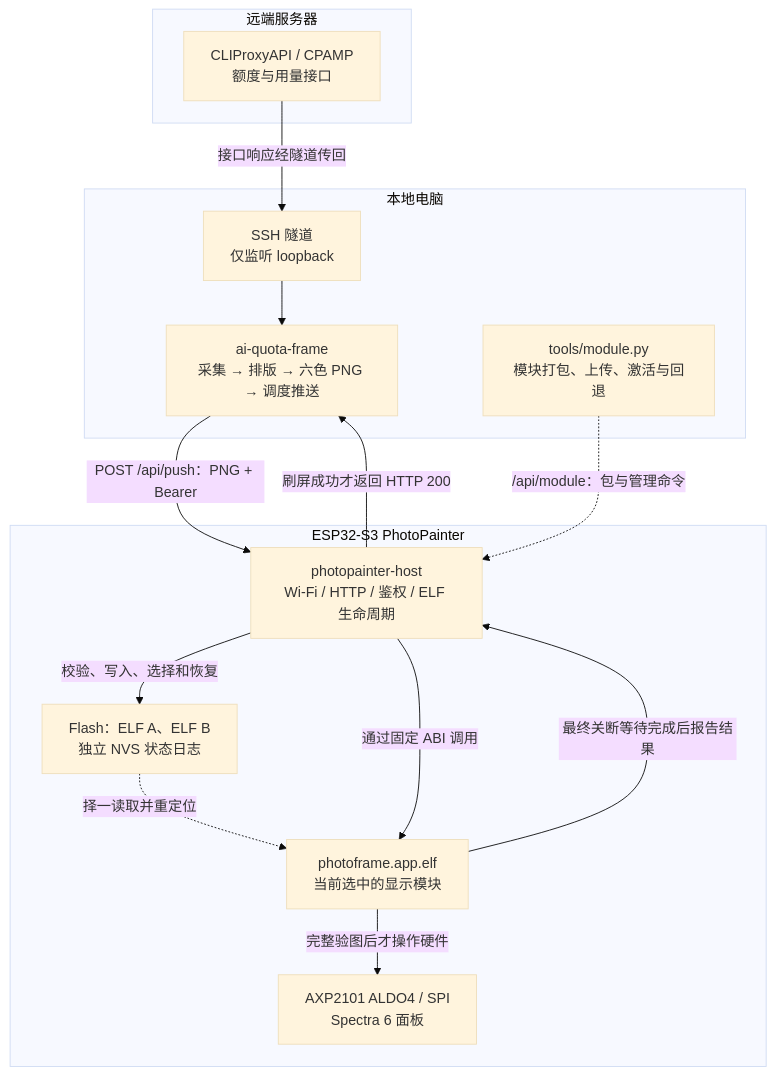
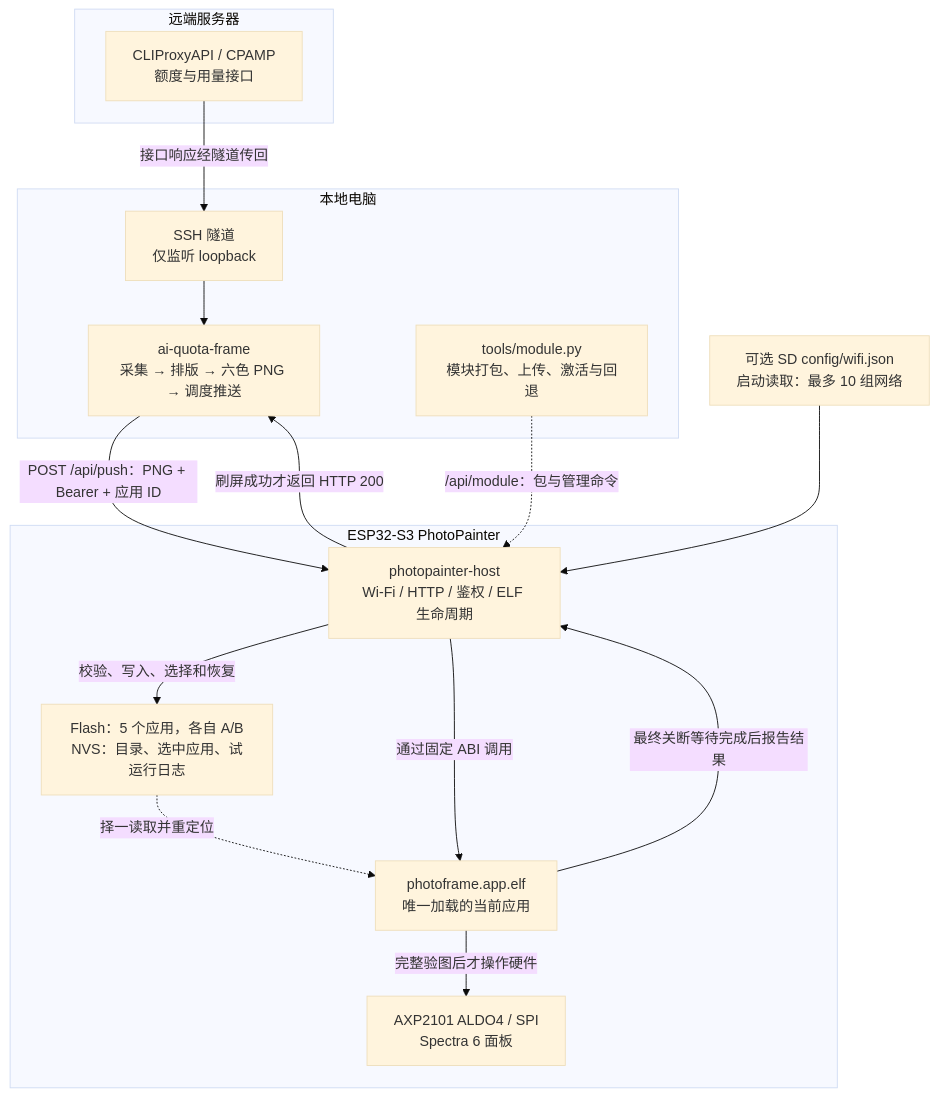
One commit to M1nt-Ch0c0/esp32s3 changed the first of 3 diagrams in ARCHITECTURE.md. Above: the diagram before and after it, drawn with Mermaid (base theme). The commit also changed other lines of this file, not shown here.

Commit message:
docs: describe multi-app banks and SD Wi-Fi migration

````diff
--- a/ARCHITECTURE.md
+++ b/ARCHITECTURE.md
@@ -18,27 +20,28 @@
 ```mermaid
 flowchart TB
     subgraph Remote[远端服务器]
         API["CLIProxyAPI / CPAMP<br/>额度与用量接口"]
     end
     subgraph PC[本地电脑]
         Tunnel["SSH 隧道<br/>仅监听 loopback"]
         App["ai-quota-frame<br/>采集 → 排版 → 六色 PNG → 调度推送"]
         Admin["tools/module.py<br/>模块打包、上传、激活与回退"]
     end
     subgraph Device[ESP32-S3 PhotoPainter]
         Host["photopainter-host<br/>Wi-Fi / HTTP / 鉴权 / ELF 生命周期"]
-        Slots["Flash：ELF A、ELF B<br/>独立 NVS 状态日志"]
-        Module["photoframe.app.elf<br/>当前选中的显示模块"]
+        Slots["Flash：5 个应用，各自 A/B<br/>NVS：目录、选中应用、试运行日志"]
+        Module["photoframe.app.elf<br/>唯一加载的当前应用"]
         Panel["AXP2101 ALDO4 / SPI<br/>Spectra 6 面板"]
     end
     API -->|接口响应经隧道传回| Tunnel
     Tunnel --> App
-    App -->|"POST /api/push：PNG + Bearer"| Host
+    SD["可选 SD config/wifi.json<br/>启动读取：最多 10 组网络"] --> Host
+    App -->|"POST /api/push：PNG + Bearer + 应用 ID"| Host
     Admin -.->|"/api/module：包与管理命令"| Host
     Host -->|校验、写入、选择和恢复| Slots
     Slots -.->|择一读取并重定位| Module
     Host -->|通过固定 ABI 调用| Module
     Module -->|完整验图后才操作硬件| Panel
     Module -->|最终关断等待完成后报告结果| Host
     Host -->|刷屏成功才返回 HTTP 200| App
 ```
````
